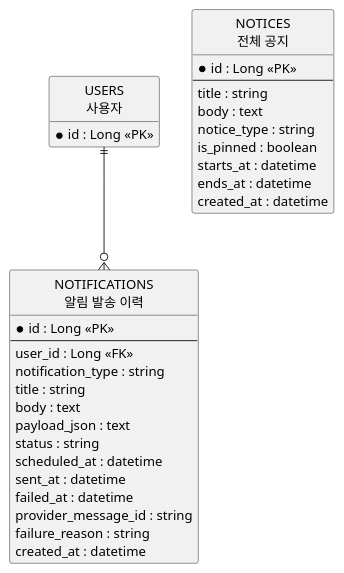
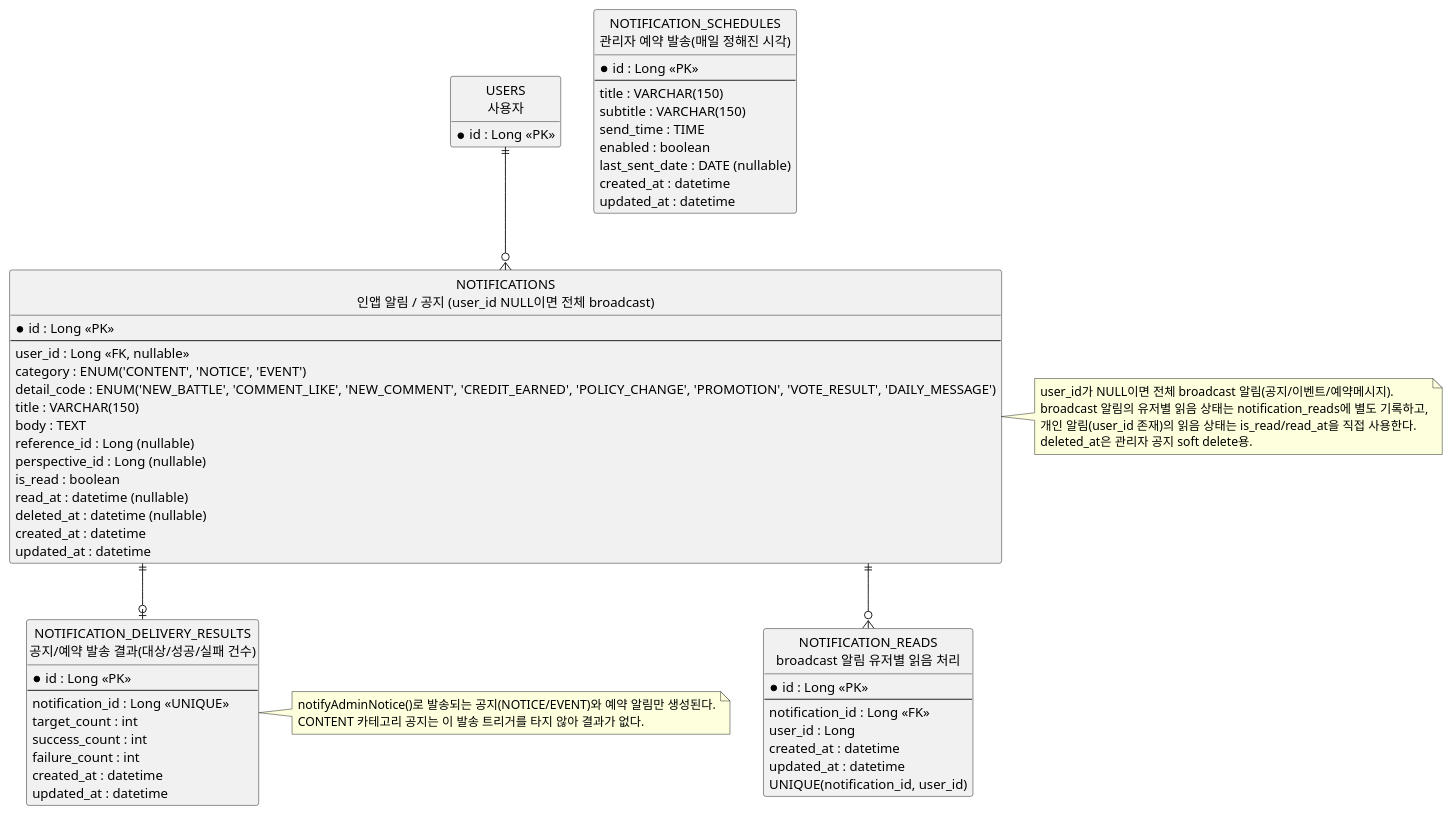
Before and after one commit to SWYP-Find/Server: the diagram in docs/erd/notice-notification.puml, drawn with PlantUML. The commit also changed 2 other files, not shown here.

```diff
--- a/docs/erd/notice-notification.puml
+++ b/docs/erd/notice-notification.puml
@@ -1,41 +1,76 @@
 @startuml
 hide circle
 hide methods
 skinparam linetype ortho
 
 entity "USERS\n사용자" as users {
   * id : Long <<PK>>
 }
 
-entity "NOTICES\n전체 공지" as notices {
+entity "NOTIFICATIONS\n인앱 알림 / 공지 (user_id NULL이면 전체 broadcast)" as notifications {
   * id : Long <<PK>>
   --
-  title : string
-  body : text
-  notice_type : string
-  is_pinned : boolean
-  starts_at : datetime
-  ends_at : datetime
+  user_id : Long <<FK, nullable>>
+  category : ENUM('CONTENT', 'NOTICE', 'EVENT')
+  detail_code : ENUM('NEW_BATTLE', 'COMMENT_LIKE', 'NEW_COMMENT', 'CREDIT_EARNED', 'POLICY_CHANGE', 'PROMOTION', 'VOTE_RESULT', 'DAILY_MESSAGE')
+  title : VARCHAR(150)
+  body : TEXT
+  reference_id : Long (nullable)
+  perspective_id : Long (nullable)
+  is_read : boolean
+  read_at : datetime (nullable)
+  deleted_at : datetime (nullable)
   created_at : datetime
+  updated_at : datetime
 }
 
-entity "NOTIFICATIONS\n알림 발송 이력" as notifications {
+entity "NOTIFICATION_READS\nbroadcast 알림 유저별 읽음 처리" as notification_reads {
   * id : Long <<PK>>
   --
-  user_id : Long <<FK>>
-  notification_type : string
-  title : string
-  body : text
-  payload_json : text
-  status : string
-  scheduled_at : datetime
-  sent_at : datetime
-  failed_at : datetime
-  provider_message_id : string
-  failure_reason : string
+  notification_id : Long <<FK>>
+  user_id : Long
   created_at : datetime
+  updated_at : datetime
+  UNIQUE(notification_id, user_id)
+}
+
+entity "NOTIFICATION_SCHEDULES\n관리자 예약 발송(매일 정해진 시각)" as notification_schedules {
+  * id : Long <<PK>>
+  --
+  title : VARCHAR(150)
+  subtitle : VARCHAR(150)
+  send_time : TIME
+  enabled : boolean
+  last_sent_date : DATE (nullable)
+  created_at : datetime
+  updated_at : datetime
+}
+
+entity "NOTIFICATION_DELIVERY_RESULTS\n공지/예약 발송 결과(대상/성공/실패 건수)" as notification_delivery_results {
+  * id : Long <<PK>>
+  --
+  notification_id : Long <<UNIQUE>>
+  target_count : int
+  success_count : int
+  failure_count : int
+  created_at : datetime
+  updated_at : datetime
 }
 
 users ||--o{ notifications
+notifications ||--o{ notification_reads
+notifications ||--o| notification_delivery_results
+
+note right of notifications
+  user_id가 NULL이면 전체 broadcast 알림(공지/이벤트/예약메시지).
+  broadcast 알림의 유저별 읽음 상태는 notification_reads에 별도 기록하고,
+  개인 알림(user_id 존재)의 읽음 상태는 is_read/read_at을 직접 사용한다.
+  deleted_at은 관리자 공지 soft delete용.
+end note
+
+note right of notification_delivery_results
+  notifyAdminNotice()로 발송되는 공지(NOTICE/EVENT)와 예약 알림만 생성된다.
+  CONTENT 카테고리 공지는 이 발송 트리거를 타지 않아 결과가 없다.
+end note
 
 @enduml
```
